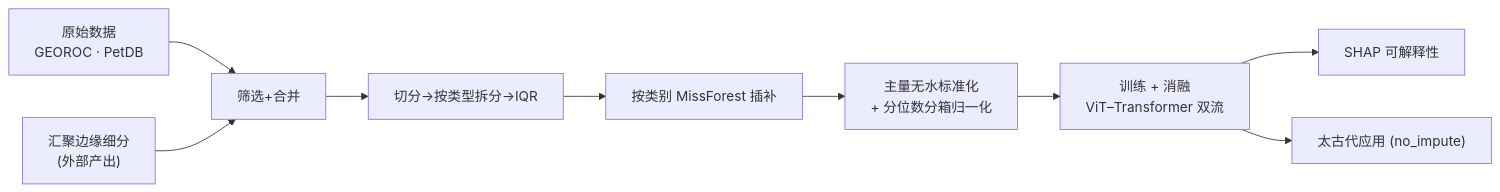
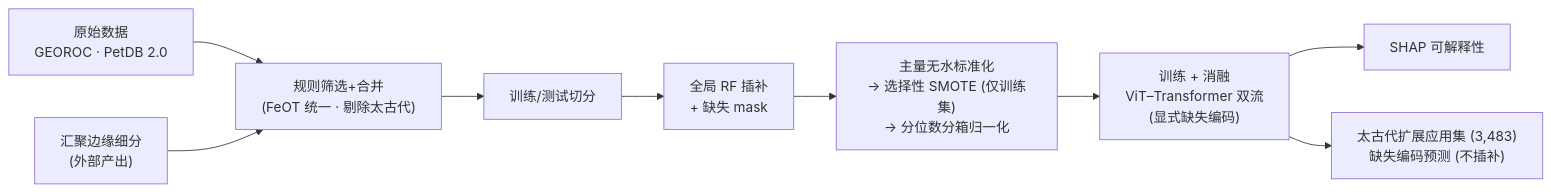
The diagram in README.md (jiunuan/tectnoic_setting_discrimination), drawn with Mermaid before and after one commit. The commit also changed other lines of this file and 32 other files, not shown here.

````diff
--- a/README.md
+++ b/README.md
@@ -37,11 +40,11 @@
 ```mermaid
 flowchart LR
-    A["原始数据<br/>GEOROC · PetDB"] --> B["筛选+合并"]
+    A["原始数据<br/>GEOROC · PetDB 2.0"] --> B["规则筛选+合并<br/>(FeOT 统一 · 剔除太古代)"]
     CM["汇聚边缘细分<br/>(外部产出)"] --> B
-    B --> C["切分→按类型拆分→IQR"]
-    C --> D["按类别 MissForest 插补"]
-    D --> E["主量无水标准化<br/>+ 分位数分箱归一化"]
-    E --> F["训练 + 消融<br/>ViT–Transformer 双流"]
+    B --> C["训练/测试切分"]
+    C --> D["全局 RF 插补<br/>+ 缺失 mask"]
+    D --> E["主量无水标准化<br/>→ 选择性 SMOTE (仅训练集)<br/>→ 分位数分箱归一化"]
+    E --> F["训练 + 消融<br/>ViT–Transformer 双流<br/>(显式缺失编码)"]
     F --> G["SHAP 可解释性"]
-    F --> H["太古代应用 (no_impute)"]
+    F --> H["太古代扩展应用集 (3,483)<br/>缺失编码预测 (不插补)"]
 ```
````
